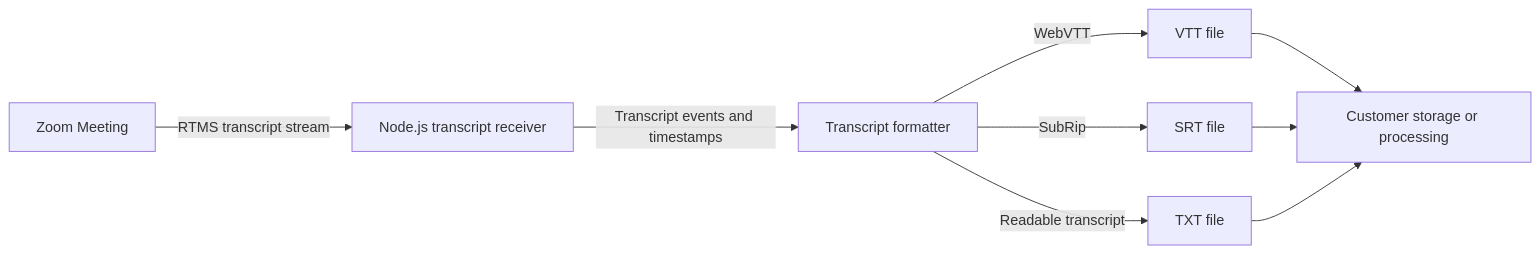
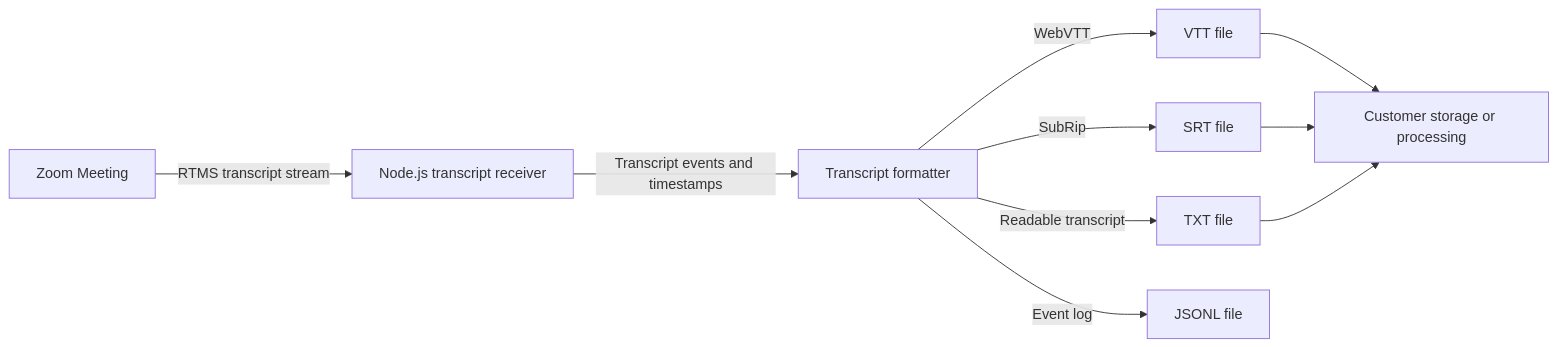
Before and after one commit to zoom/blueprints: the diagram in blueprints/meeting-transcript-quickstart/index.md, drawn with Mermaid. The commit also changed other lines of this file and 1 other file, not shown here.

````diff
--- a/blueprints/meeting-transcript-quickstart/index.md
+++ b/blueprints/meeting-transcript-quickstart/index.md
@@ -60,11 +61,12 @@
 ```mermaid
 flowchart LR
     A[Zoom Meeting] -->|RTMS transcript stream| B[Node.js transcript receiver]
     B -->|Transcript events and timestamps| C[Transcript formatter]
     C -->|WebVTT| D[VTT file]
     C -->|SubRip| E[SRT file]
     C -->|Readable transcript| F[TXT file]
+    C -->|Event log| H[JSONL file]
     D --> G[Customer storage or processing]
     E --> G
     F --> G
 ```
````
